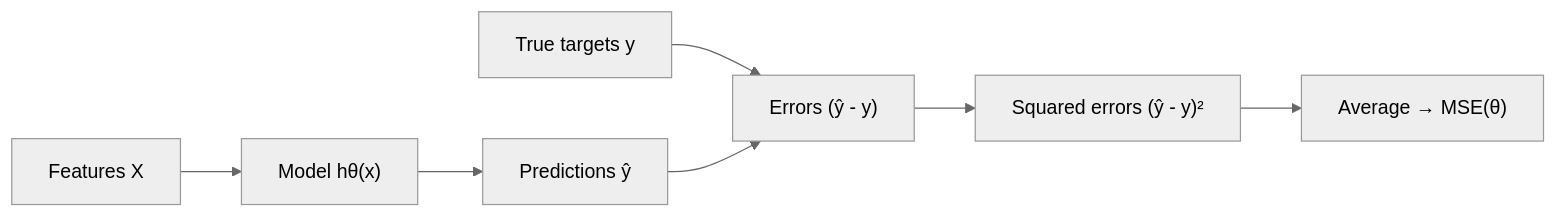
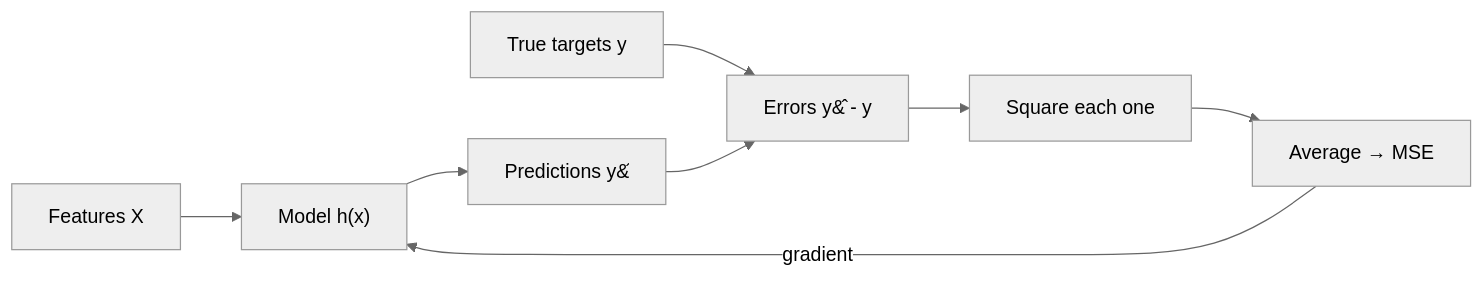
Before and after one commit to Ravikisha/PythonCentralHub: the diagram in src/content/docs/Machine Learning/Phase 03 - Supervised Learning - Regression/Cost Functions Mean Squared Error (MSE).mdx, drawn with Mermaid (neutral theme). The commit also changed other lines of this file and 1327 other files, not shown here.

````diff
--- a/src/content/docs/Machine Learning/Phase 03 - Supervised Learning - Regression/Cost Functions Mean Squared Error (MSE).mdx
+++ b/src/content/docs/Machine Learning/Phase 03 - Supervised Learning - Regression/Cost Functions Mean Squared Error (MSE).mdx
@@ -52,9 +32,10 @@
 ```mermaid
 flowchart LR
-  X["Features X"] --> H["Model hθ(x)"]
-  H --> P["Predictions ŷ"]
-  Y["True targets y"] --> E["Errors (ŷ - y)"]
+  X["Features X"] --> H["Model h(x)"]
+  H --> P["Predictions y&#770;"]
+  Y["True targets y"] --> E["Errors y&#770; - y"]
   P --> E
-  E --> S["Squared errors (ŷ - y)²"]
-  S --> M["Average → MSE(θ)"]
+  E --> S["Square each one"]
+  S --> M["Average &rarr; MSE"]
+  M -->|"gradient"| H
 ```
````
